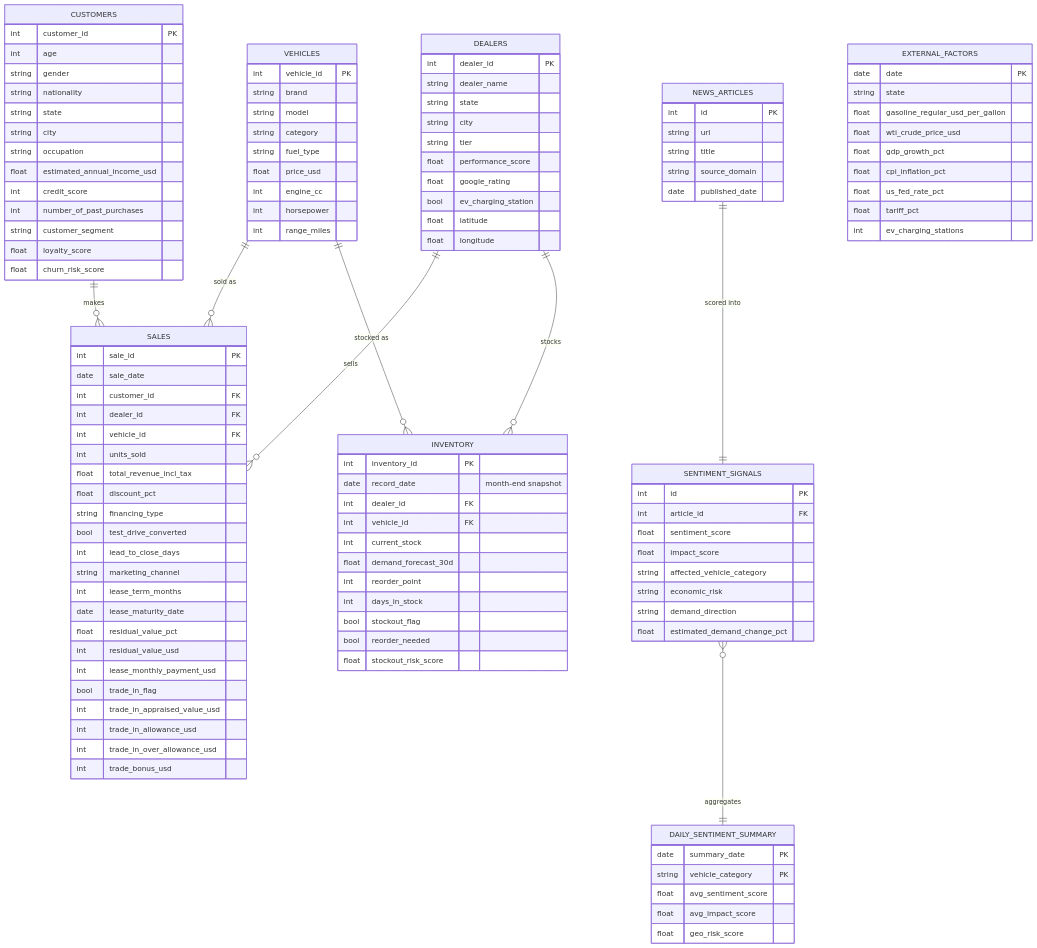
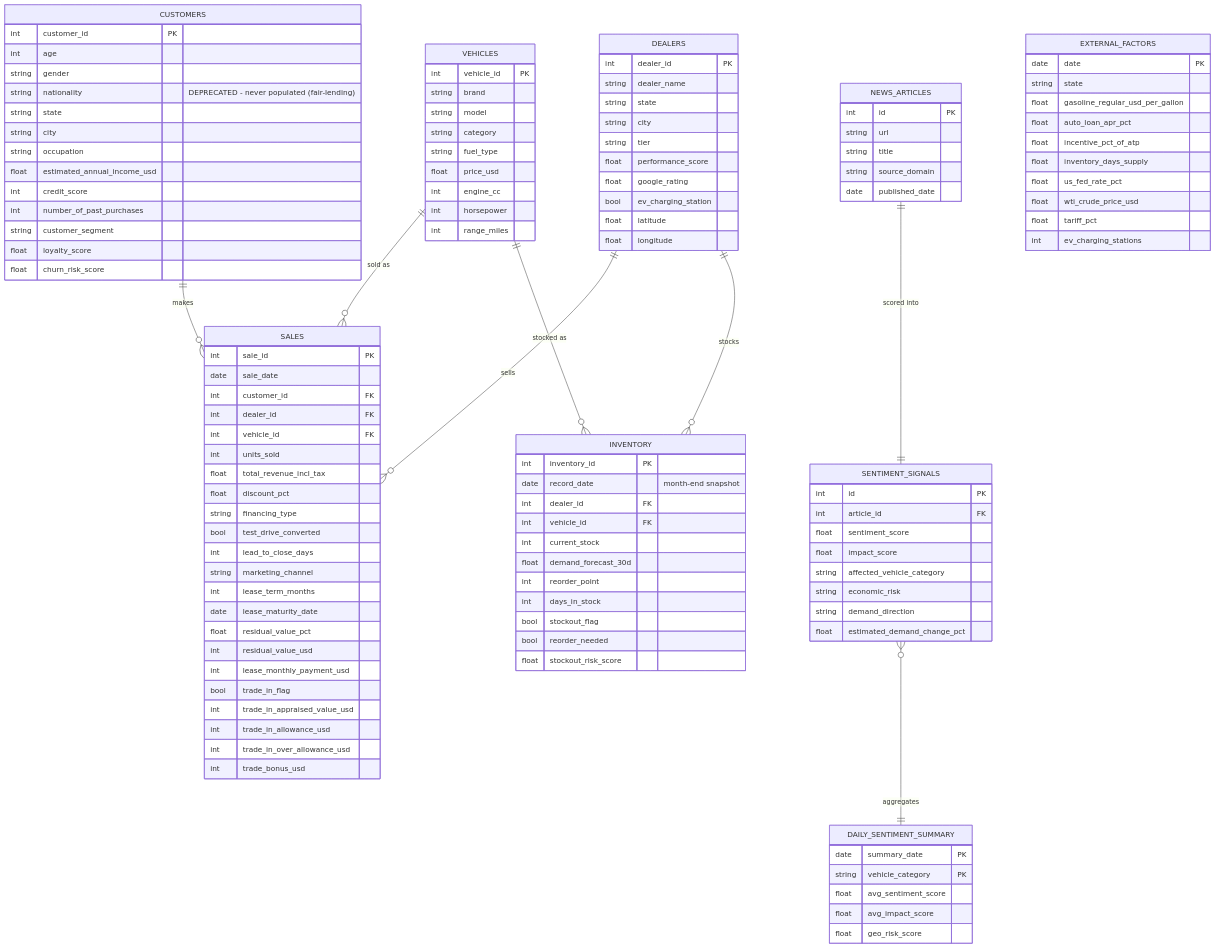
One commit to pushpalhedau/Demand-Prediction changed the second of 6 diagrams in TECHNICAL_DOCUMENTATION.md. Above: the diagram before and after it, drawn with Mermaid. The commit also changed other lines of this file and 62 other files, not shown here.

```diff
--- a/TECHNICAL_DOCUMENTATION.md
+++ b/TECHNICAL_DOCUMENTATION.md
@@ -218,7 +218,7 @@
         int customer_id PK
         int age
         string gender
-        string nationality
+        string nationality "DEPRECATED - never populated (fair-lending)"
         string state
         string city
         string occupation
@@ -293,10 +293,11 @@
         date date PK
         string state
         float gasoline_regular_usd_per_gallon
+        float auto_loan_apr_pct
+        float incentive_pct_of_atp
+        float inventory_days_supply
+        float us_fed_rate_pct
         float wti_crude_price_usd
-        float gdp_growth_pct
-        float cpi_inflation_pct
-        float us_fed_rate_pct
         float tariff_pct
         int ev_charging_stations
     }
```
